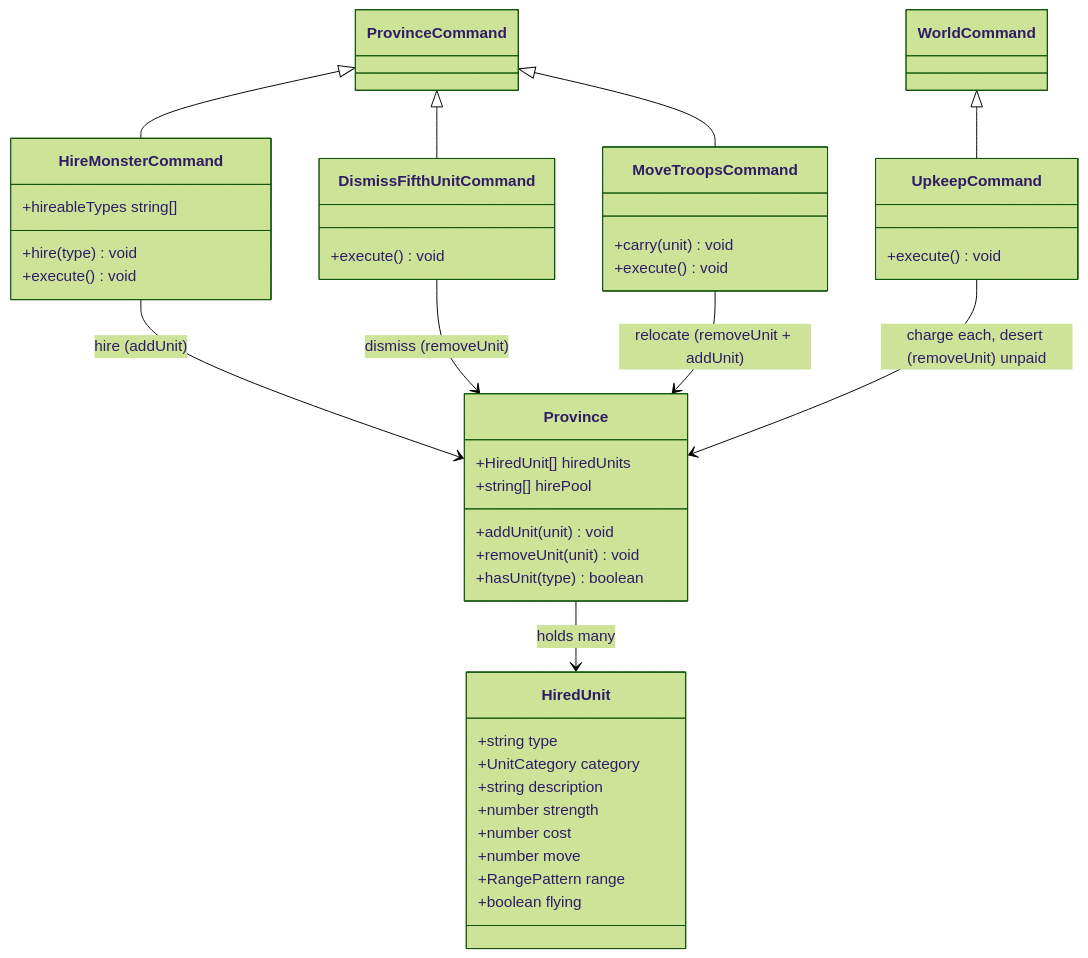
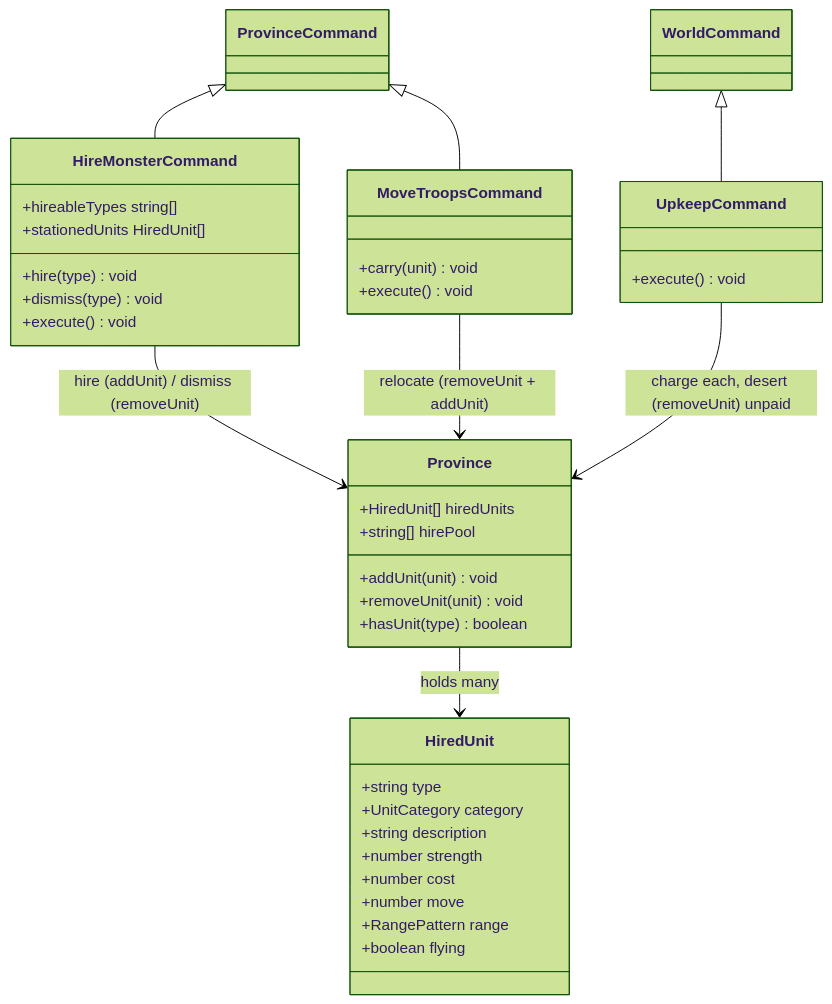
One commit to pslotinsky/kunstkamera changed the second of 4 diagrams in gemfire/docs/design/06-fifth-units.md. Above: the diagram before and after it, drawn with Mermaid (forest theme). The commit also changed other lines of this file and 8 other files, not shown here.

Commit message:
feat(gemfire): dismiss fifth units at a province

````diff
--- a/gemfire/docs/design/06-fifth-units.md
+++ b/gemfire/docs/design/06-fifth-units.md
@@ -99,44 +100,41 @@
 ```mermaid
 classDiagram
   class HiredUnit {
     +string type
     +UnitCategory category
     +string description
     +number strength
     +number cost
     +number move
     +RangePattern range
     +boolean flying
   }
   class Province {
     +HiredUnit[] hiredUnits
     +string[] hirePool
     +addUnit(unit) void
     +removeUnit(unit) void
     +hasUnit(type) boolean
   }
   class HireMonsterCommand {
     +hireableTypes string[]
+    +stationedUnits HiredUnit[]
     +hire(type) void
-    +execute() void
-  }
-  class DismissFifthUnitCommand {
+    +dismiss(type) void
     +execute() void
   }
   class MoveTroopsCommand {
     +carry(unit) void
     +execute() void
   }
   class UpkeepCommand {
     +execute() void
   }
   ProvinceCommand <|-- HireMonsterCommand
-  ProvinceCommand <|-- DismissFifthUnitCommand
   ProvinceCommand <|-- MoveTroopsCommand
   WorldCommand <|-- UpkeepCommand
-  HireMonsterCommand --> Province : hire (addUnit)
-  DismissFifthUnitCommand --> Province : dismiss (removeUnit)
+  HireMonsterCommand --> Province : hire (addUnit) / dismiss (removeUnit)
   MoveTroopsCommand --> Province : relocate (removeUnit + addUnit)
   UpkeepCommand --> Province : charge each, desert (removeUnit) unpaid
   Province --> HiredUnit : holds many
 ```
````
